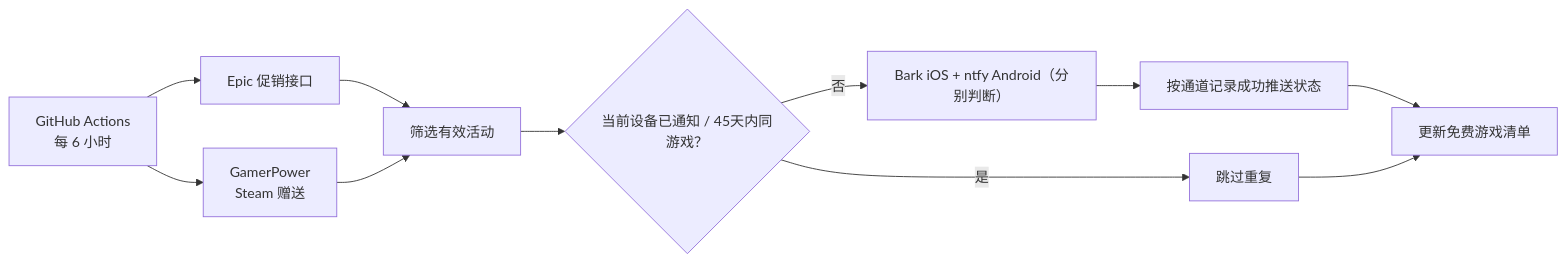
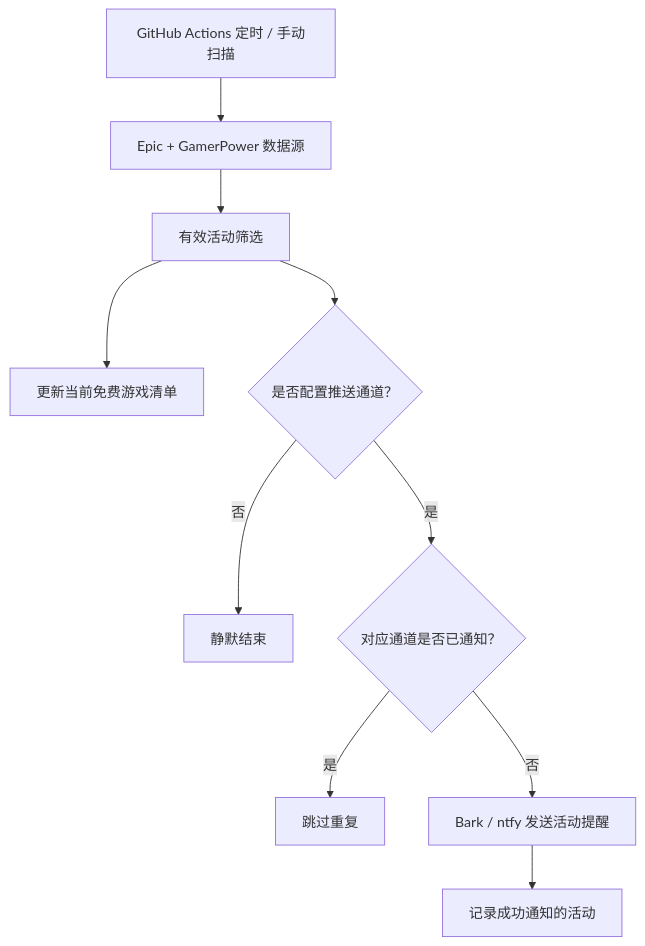
One commit to EpochTX/freegame changed the diagram in README.md. Above: the diagram before and after it, drawn with Mermaid. The commit also changed other lines of this file, not shown here.

````diff
--- a/README.md
+++ b/README.md
@@ -111,13 +93,12 @@
 ```mermaid
-flowchart LR
-    A["GitHub Actions<br/>每 6 小时"] --> B["Epic 促销接口"]
-    A --> C["GamerPower<br/>Steam 赠送"]
-    B --> D["筛选有效活动"]
-    C --> D
-    D --> E{"当前设备已通知 / 45天内同游戏？"}
-    E -->|否| F["Bark iOS + ntfy Android（分别判断）"]
-    E -->|是| G["跳过重复"]
-    F --> H["按通道记录成功推送状态"]
-    H --> I["更新免费游戏清单"]
-    G --> I
+flowchart TD
+    A["GitHub Actions 定时 / 手动扫描"] --> B["Epic + GamerPower 数据源"]
+    B --> C["有效活动筛选"]
+    C --> D["更新当前免费游戏清单"]
+    C --> E{"是否配置推送通道？"}
+    E -->|否| F["静默结束"]
+    E -->|是| G{"对应通道是否已通知？"}
+    G -->|是| H["跳过重复"]
+    G -->|否| I["Bark / ntfy 发送活动提醒"]
+    I --> J["记录成功通知的活动"]
 ```
````
